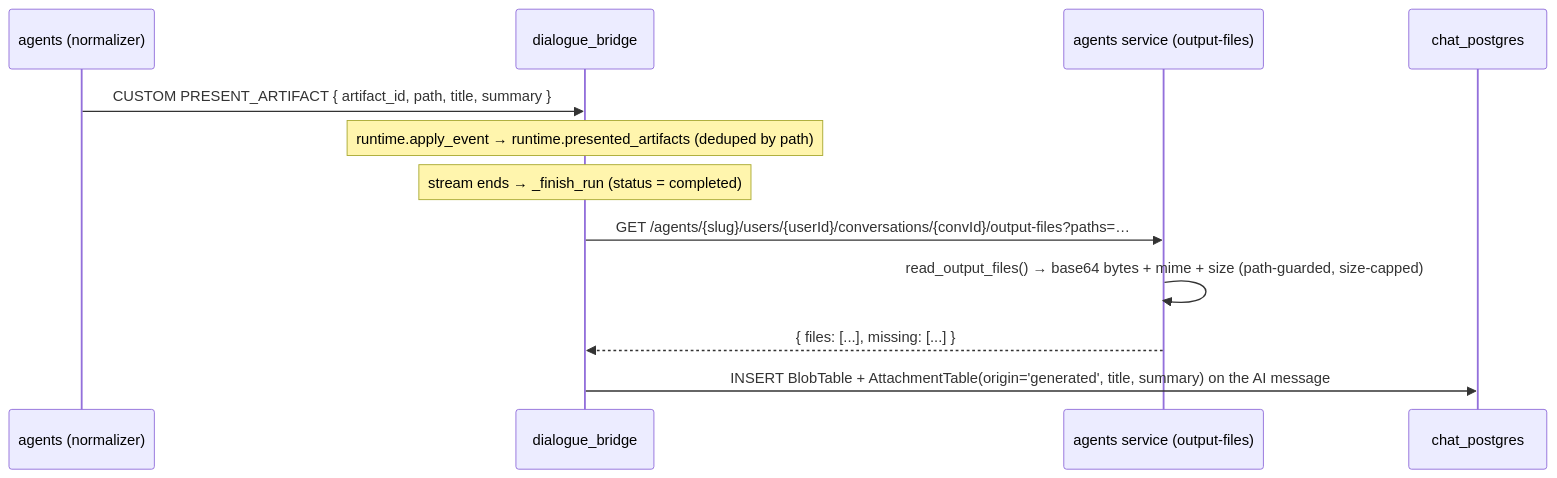
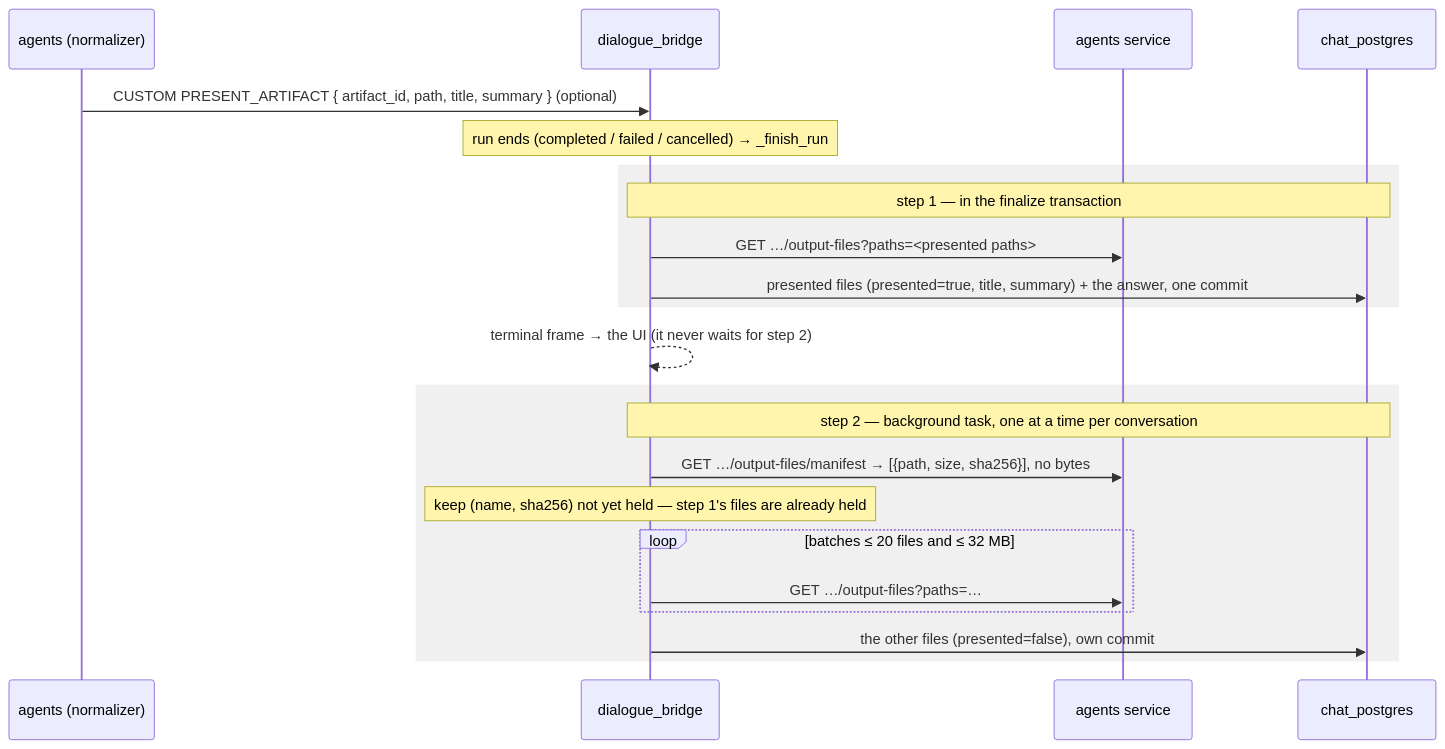
One commit to konstantinosmpouros/mAgenticX changed the fourth of 4 diagrams in docs/flows/attachments.md. Above: the diagram before and after it, drawn with Mermaid. The commit also changed other lines of this file and 113 other files, not shown here.

````diff
--- a/docs/flows/attachments.md
+++ b/docs/flows/attachments.md
@@ -307,15 +303,25 @@
 ```mermaid
 sequenceDiagram
     participant AG as agents (normalizer)
     participant D as dialogue_bridge
-    participant A as agents service (output-files)
+    participant A as agents service
     participant PG as chat_postgres
 
-    AG->>D: CUSTOM PRESENT_ARTIFACT { artifact_id, path, title, summary }
-    Note over D: runtime.apply_event → runtime.presented_artifacts (deduped by path)
-    Note over D: stream ends → _finish_run (status = completed)
-    D->>A: GET /agents/{slug}/users/{userId}/conversations/{convId}/output-files?paths=…
-    A->>A: read_output_files() → base64 bytes + mime + size (path-guarded, size-capped)
-    A-->>D: { files: [...], missing: [...] }
-    D->>PG: INSERT BlobTable + AttachmentTable(origin='generated', title, summary) on the AI message
+    AG->>D: CUSTOM PRESENT_ARTIFACT { artifact_id, path, title, summary } (optional)
+    Note over D: run ends (completed / failed / cancelled) → _finish_run
+    rect rgb(240,240,240)
+    Note over D,PG: step 1 — in the finalize transaction
+    D->>A: GET …/output-files?paths=<presented paths>
+    D->>PG: presented files (presented=true, title, summary) + the answer, one commit
+    end
+    D-->>D: terminal frame → the UI (it never waits for step 2)
+    rect rgb(240,240,240)
+    Note over D,PG: step 2 — background task, one at a time per conversation
+    D->>A: GET …/output-files/manifest → [{path, size, sha256}], no bytes
+    Note over D: keep (name, sha256) not yet held — step 1's files are already held
+    loop batches ≤ 20 files and ≤ 32 MB
+        D->>A: GET …/output-files?paths=…
+    end
+    D->>PG: the other files (presented=false), own commit
+    end
 ```
````
